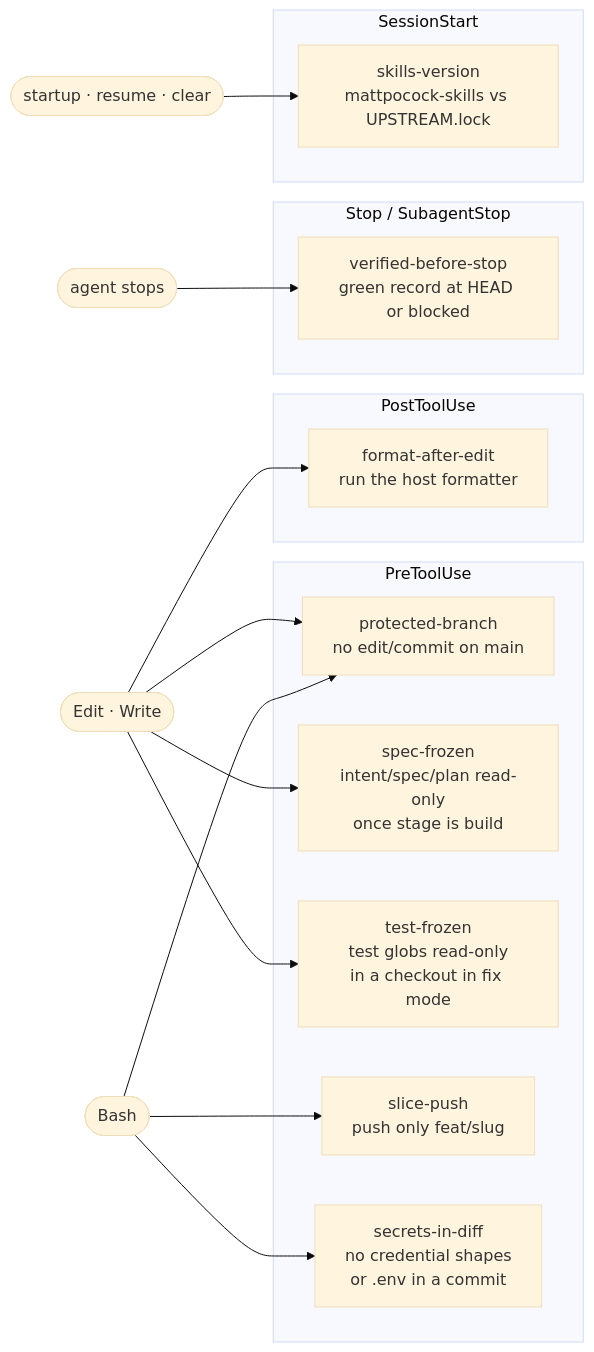
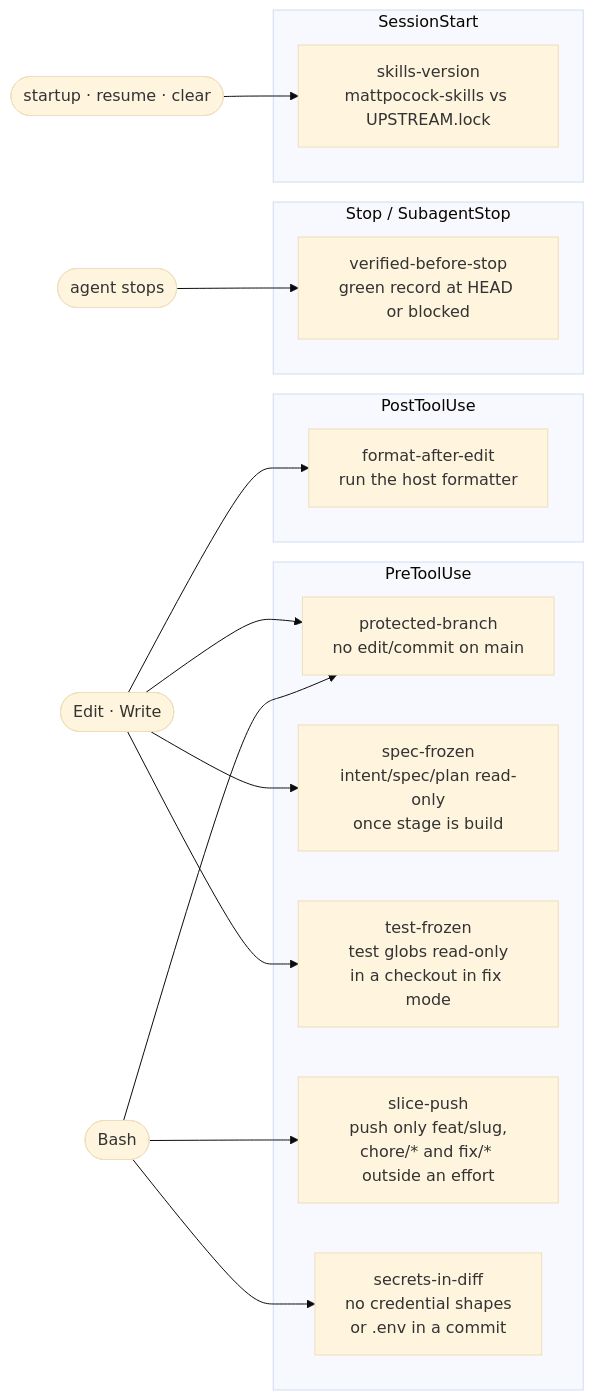
Before and after one commit to bogdanmosica/forge-sdlc: the sixth of 6 diagrams in docs/how-it-works.md, drawn with Mermaid (base theme). The commit also changed 17 other files, not shown here.

First line of the commit message:
feat(slice-push): push chore/* and fix/* branches outside an effort

````diff
--- a/docs/how-it-works.md
+++ b/docs/how-it-works.md
@@ -169,25 +169,25 @@
 ```mermaid
 flowchart LR
     subgraph Pre["PreToolUse"]
         pb["protected-branch<br/>no edit/commit on main"]
         sf["spec-frozen<br/>intent/spec/plan read-only<br/>once stage is build"]
         tf["test-frozen<br/>test globs read-only<br/>in a checkout in fix mode"]
-        sp["slice-push<br/>push only feat/slug"]
+        sp["slice-push<br/>push only feat/slug,<br/>chore/* and fix/* outside an effort"]
         sd["secrets-in-diff<br/>no credential shapes<br/>or .env in a commit"]
     end
     subgraph Post["PostToolUse"]
         fmt["format-after-edit<br/>run the host formatter"]
     end
     subgraph StopEv["Stop / SubagentStop"]
         vbs["verified-before-stop<br/>green record at HEAD or blocked"]
     end
     subgraph Start["SessionStart"]
         sv["skills-version<br/>mattpocock-skills vs UPSTREAM.lock"]
     end
 
     ew(["Edit · Write"]) --> pb & sf & tf
     ew --> fmt
     bash(["Bash"]) --> pb & sp & sd
     stopev(["agent stops"]) --> vbs
     sess(["startup · resume · clear"]) --> sv
 ```
````
